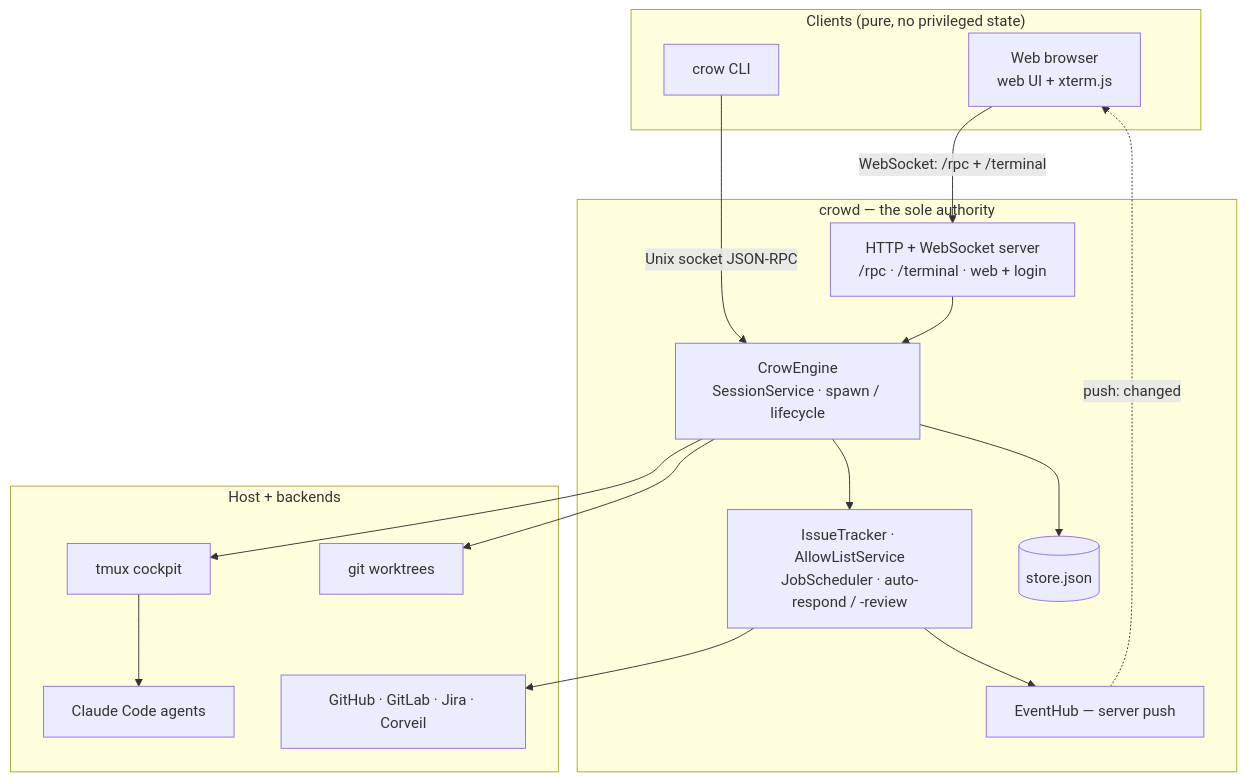
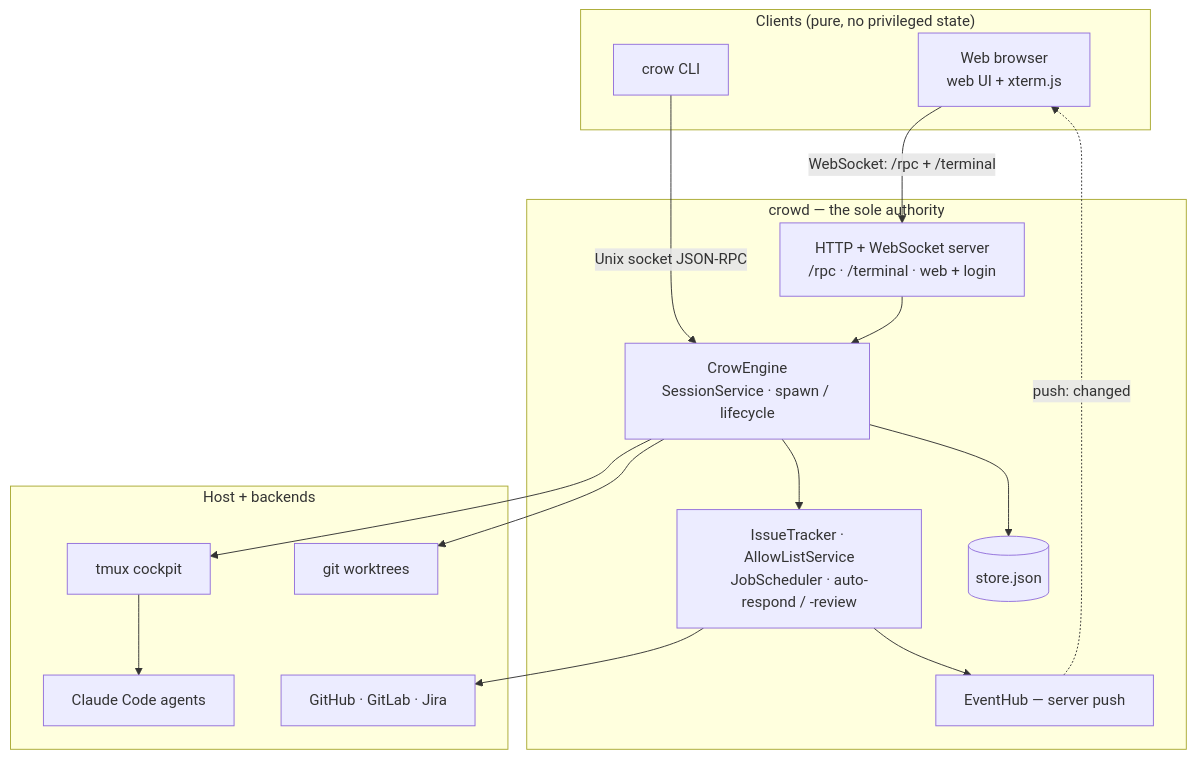
The diagram in docs/architecture.md (corveil/crow), drawn with Mermaid before and after one commit. The commit also changed other lines of this file and 37 other files, not shown here.

````diff
--- a/docs/architecture.md
+++ b/docs/architecture.md
@@ -7,34 +7,34 @@
 ```mermaid
 flowchart TB
     subgraph clients["Clients (pure, no privileged state)"]
         WEB["Web browser<br/>web UI + xterm.js"]
         CLI["crow CLI"]
     end
 
     subgraph daemon["crowd — the sole authority"]
         HTTP["HTTP + WebSocket server<br/>/rpc · /terminal · web + login"]
         ENGINE["CrowEngine<br/>SessionService · spawn / lifecycle"]
         BOARDS["IssueTracker · AllowListService<br/>JobScheduler · auto-respond / -review"]
         HUB["EventHub — server push"]
         STORE[("store.json")]
     end
 
     subgraph host["Host + backends"]
         TMUX["tmux cockpit"]
         AGENTS["Claude Code agents"]
         GIT["git worktrees"]
-        PROV["GitHub · GitLab · Jira · Corveil"]
+        PROV["GitHub · GitLab · Jira"]
     end
 
     WEB -- "WebSocket: /rpc + /terminal" --> HTTP
     CLI -- "Unix socket JSON-RPC" --> ENGINE
     HTTP --> ENGINE
     ENGINE --> STORE
     ENGINE --> TMUX
     ENGINE --> GIT
     TMUX --> AGENTS
     ENGINE --> BOARDS
     BOARDS --> PROV
     BOARDS --> HUB
     HUB -. "push: changed" .-> WEB
 ```
````
